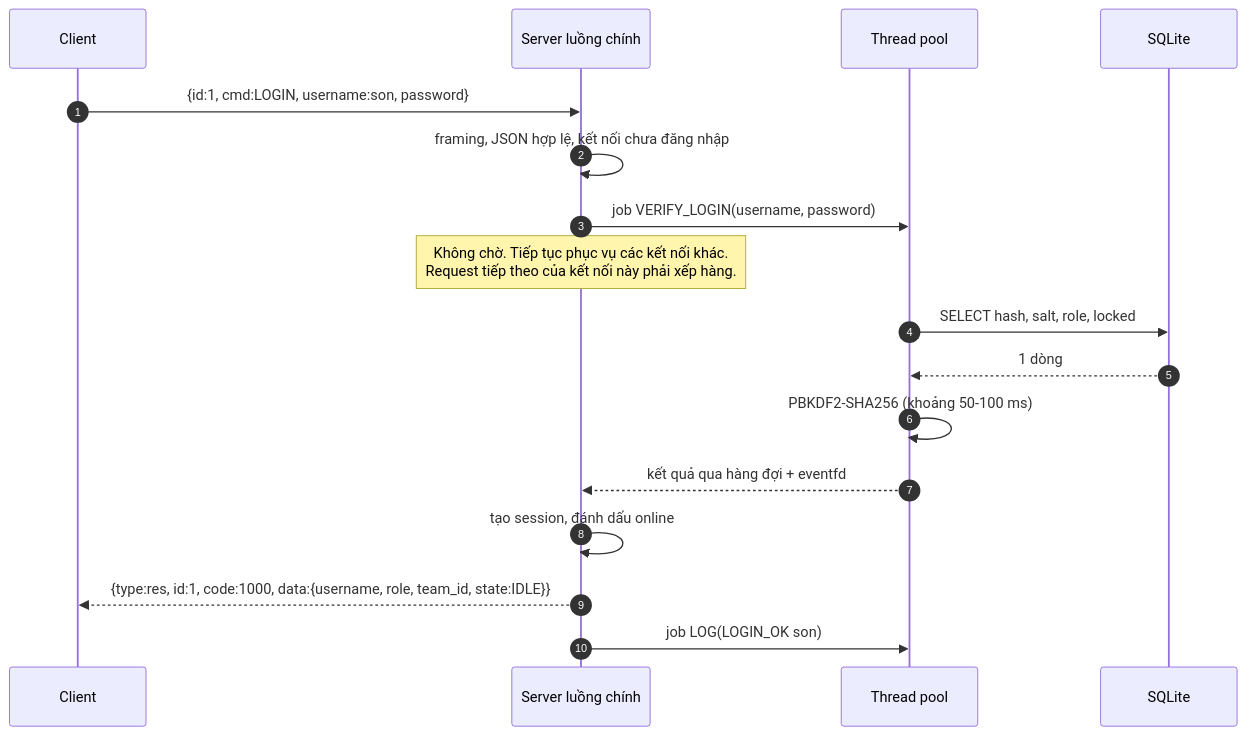
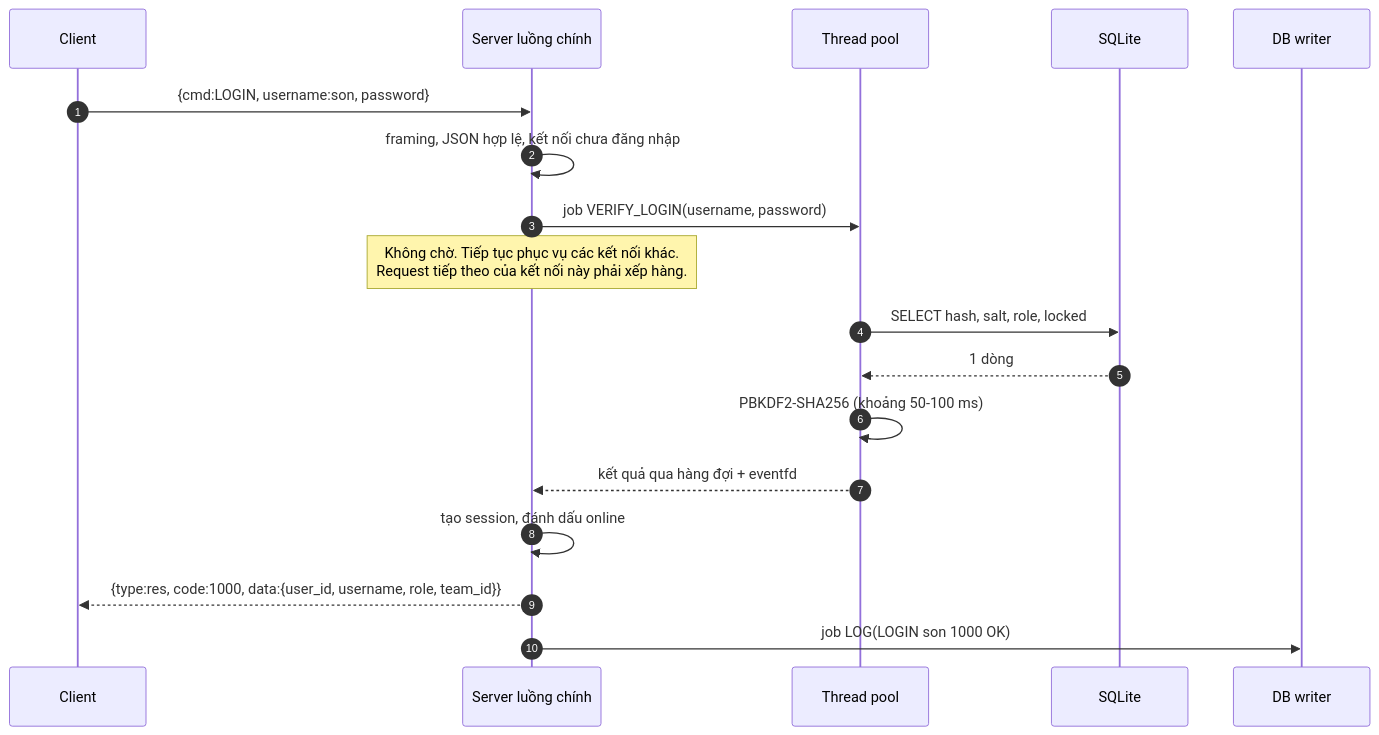
One commit to dson19/network changed the diagram in Project/docs/design/diagrams/sequence/01-login.md. Above: the diagram before and after it, drawn with Mermaid. The commit also changed 24 other files, not shown here.

````diff
--- a/Project/docs/design/diagrams/sequence/01-login.md
+++ b/Project/docs/design/diagrams/sequence/01-login.md
@@ -5,20 +5,21 @@
 ```mermaid
 sequenceDiagram
     autonumber
     participant C as Client
     participant S as Server luồng chính
     participant P as Thread pool
     participant D as SQLite
+    participant W as DB writer
 
-    C->>S: {id:1, cmd:LOGIN, username:son, password}
+    C->>S: {cmd:LOGIN, username:son, password}
     S->>S: framing, JSON hợp lệ, kết nối chưa đăng nhập
     S->>P: job VERIFY_LOGIN(username, password)
     Note over S: Không chờ. Tiếp tục phục vụ các kết nối khác.<br/>Request tiếp theo của kết nối này phải xếp hàng.
     P->>D: SELECT hash, salt, role, locked
     D-->>P: 1 dòng
     P->>P: PBKDF2-SHA256 (khoảng 50-100 ms)
     P-->>S: kết quả qua hàng đợi + eventfd
     S->>S: tạo session, đánh dấu online
-    S-->>C: {type:res, id:1, code:1000, data:{username, role, team_id, state:IDLE}}
-    S->>P: job LOG(LOGIN_OK son)
+    S-->>C: {type:res, code:1000, data:{user_id, username, role, team_id}}
+    S->>W: job LOG(LOGIN son 1000 OK)
 ```
````
